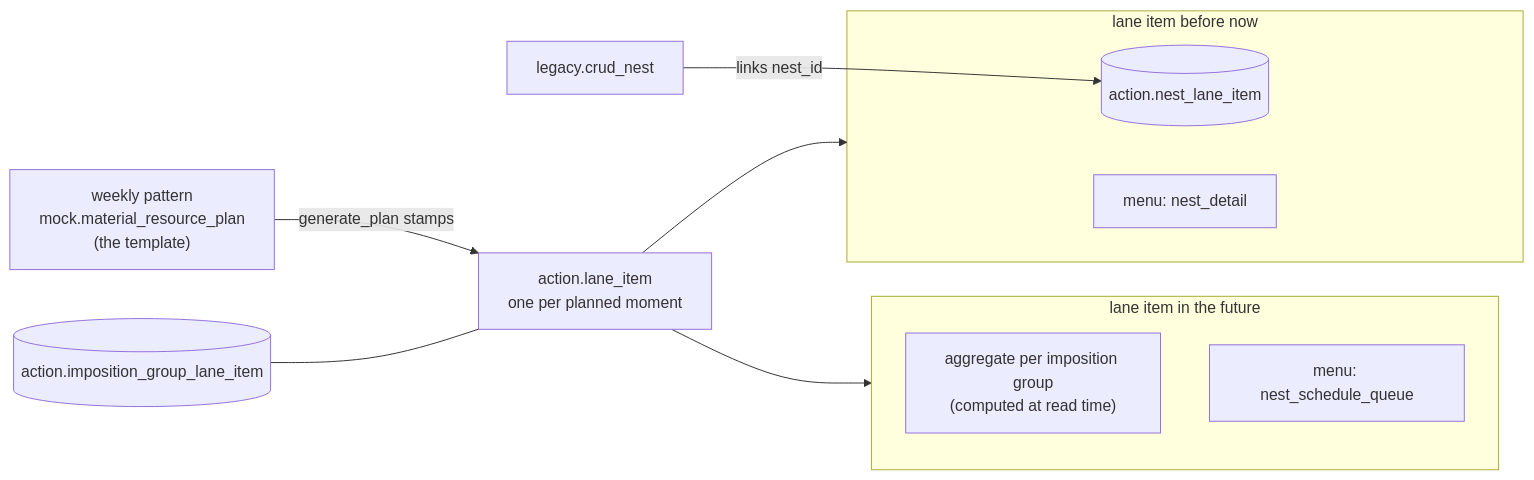
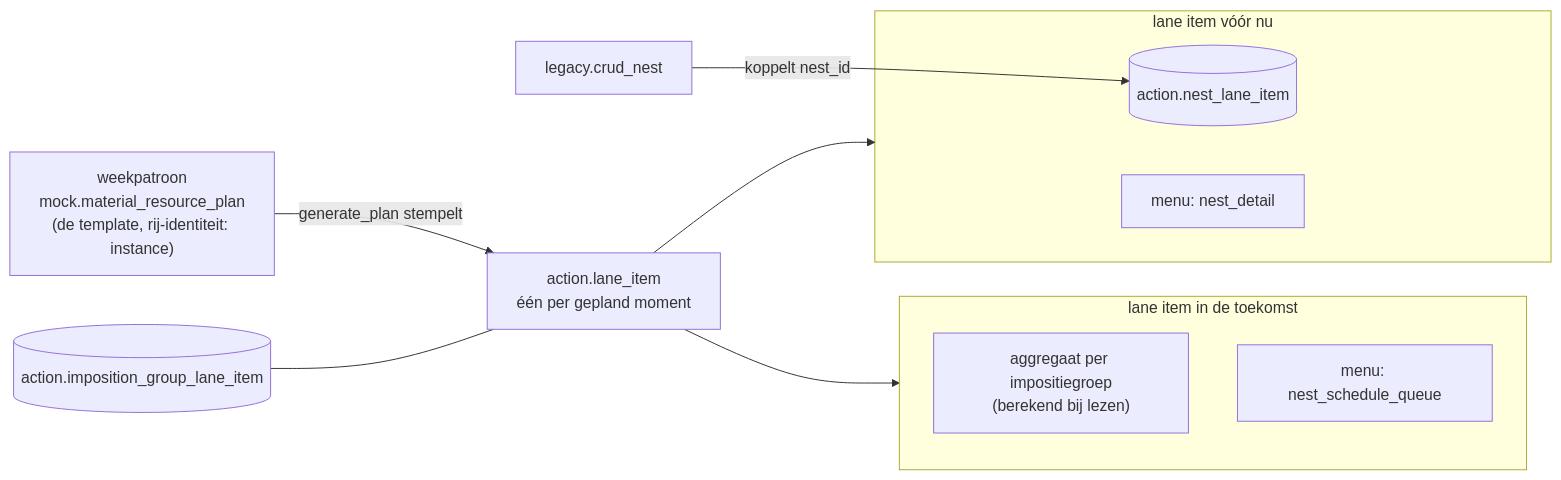
The diagram in docs/nest-planning-lane-items.md (CeesBolijn/postgres-sflex-nl), drawn with Mermaid before and after one commit. The commit also changed other lines of this file and 9 other files, not shown here.

Commit message:
feat: add SQL queries for site schema column aggregation and function name retrieval

````diff
--- a/docs/nest-planning-lane-items.md
+++ b/docs/nest-planning-lane-items.md
@@ -11,16 +13,16 @@
 ```mermaid
 flowchart LR
-    P["weekly pattern<br/>mock.material_resource_plan<br/>(the template)"] -->|"generate_plan stamps"| L["action.lane_item<br/>one per planned moment"]
+    P["weekpatroon<br/>mock.material_resource_plan<br/>(de template, rij-identiteit: instance)"] -->|"generate_plan stempelt"| L["action.lane_item<br/>één per gepland moment"]
     G[(action.imposition_group_lane_item)] --- L
-    subgraph future["lane item in the future"]
-        A["aggregate per imposition group<br/>(computed at read time)"]
+    subgraph future["lane item in de toekomst"]
+        A["aggregaat per impositiegroep<br/>(berekend bij lezen)"]
         Q["menu: nest_schedule_queue"]
     end
-    subgraph past["lane item before now"]
+    subgraph past["lane item vóór nu"]
         N[(action.nest_lane_item)]
         D["menu: nest_detail"]
     end
     L --> future
     L --> past
-    C["legacy.crud_nest"] -->|"links nest_id"| N
+    C["legacy.crud_nest"] -->|"koppelt nest_id"| N
 ```
````
